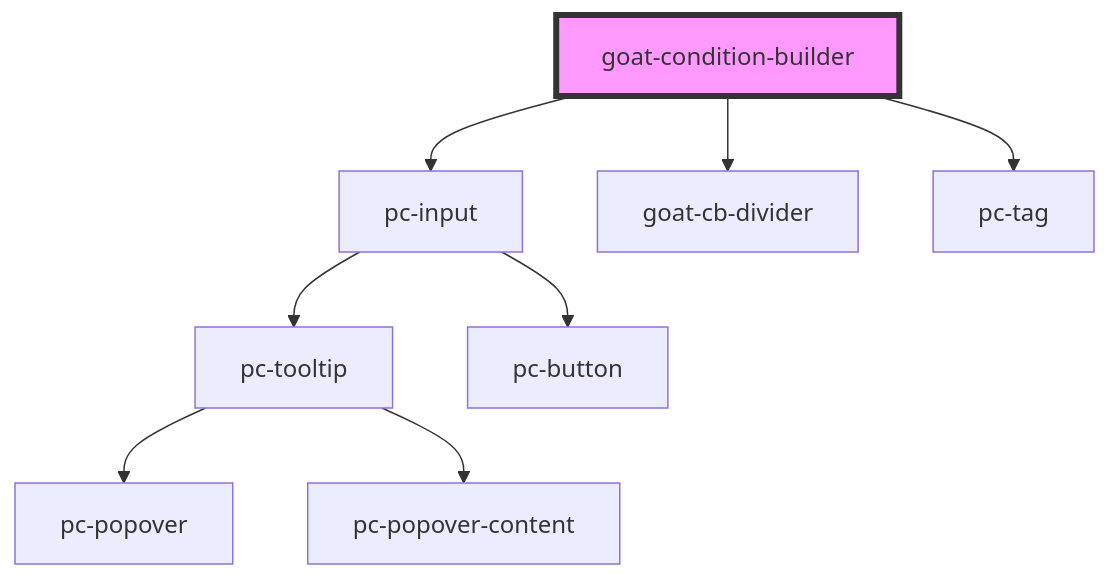
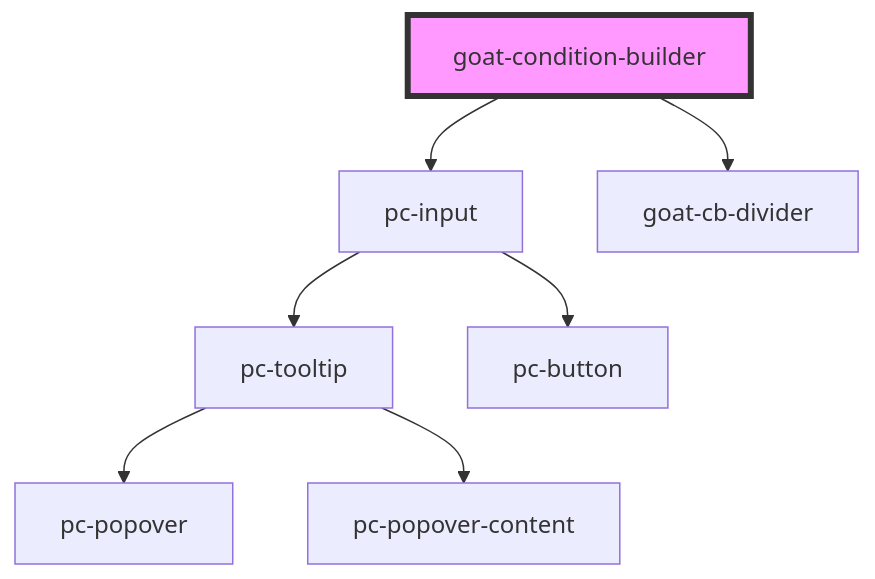
Before and after one commit to redvars/peacock: the diagram in src/components/application/condition-builder/condition-builder/readme.md, drawn with Mermaid. The commit also changed other lines of this file and 112 other files, not shown here.

````diff
--- a/src/components/application/condition-builder/condition-builder/readme.md
+++ b/src/components/application/condition-builder/condition-builder/readme.md
@@ -24,11 +23,10 @@
 ```mermaid
 graph TD;
   goat-condition-builder --> pc-input
   goat-condition-builder --> goat-cb-divider
-  goat-condition-builder --> pc-tag
   pc-input --> pc-tooltip
   pc-input --> pc-button
   pc-tooltip --> pc-popover
   pc-tooltip --> pc-popover-content
   style goat-condition-builder fill:#f9f,stroke:#333,stroke-width:4px
 ```
````
